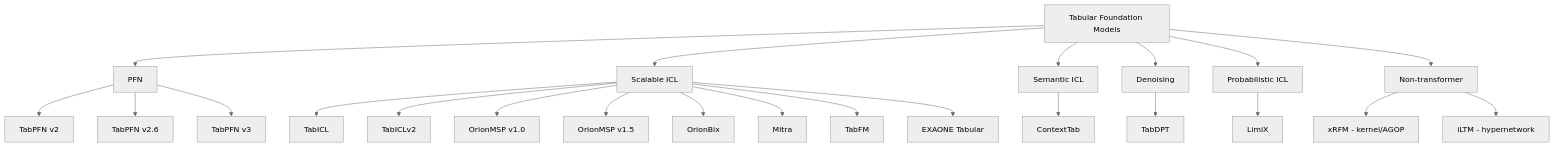
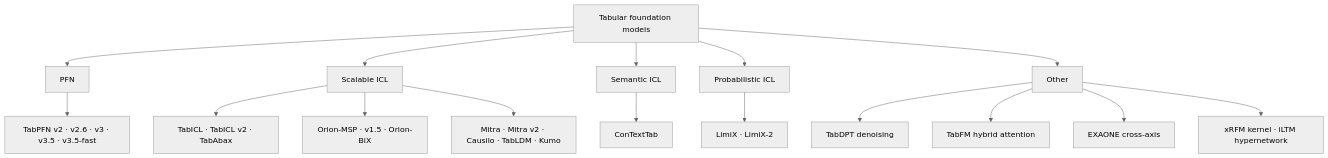
The diagram in docs/models/overview.md (Lexsi-Labs/TabTune), drawn with Mermaid (neutral theme) before and after one commit. The commit also changed other lines of this file and 185 other files, not shown here.

````diff
--- a/docs/models/overview.md
+++ b/docs/models/overview.md
@@ -20,29 +20,18 @@
 ```mermaid
 flowchart TD
-    A[Tabular Foundation Models] --> B[PFN]
+    A[Tabular foundation models] --> B[PFN]
     A --> C[Scalable ICL]
     A --> D[Semantic ICL]
-    A --> E[Denoising]
-    A --> F[Probabilistic ICL]
-    A --> G[Non-transformer]
-
-    B --> B1[TabPFN v2]
-    B --> B2[TabPFN v2.6]
-    B --> B3[TabPFN v3]
-
-    C --> C1[TabICL]
-    C --> C2[TabICLv2]
-    C --> C3[OrionMSP v1.0]
-    C --> C4[OrionMSP v1.5]
-    C --> C5[OrionBix]
-    C --> C6[Mitra]
-    C --> C7[TabFM]
-    C --> C8[EXAONE Tabular]
-
-    D --> D1[ContextTab]
-    E --> E1[TabDPT]
-    F --> F1[LimiX]
-
-    G --> G1[xRFM - kernel/AGOP]
-    G --> G2[iLTM - hypernetwork]
+    A --> E[Probabilistic ICL]
+    A --> F[Other]
+    B --> B1[TabPFN v2 · v2.6 · v3 · v3.5 · v3.5-fast]
+    C --> C1[TabICL · TabICL v2 · TabAbax]
+    C --> C2[Orion-MSP · v1.5 · Orion-BiX]
+    C --> C3[Mitra · Mitra v2 · Causilo · TabLDM · Kumo]
+    D --> D1[ConTextTab]
+    E --> E1[LimiX · LimiX-2]
+    F --> F1[TabDPT denoising]
+    F --> F2[TabFM hybrid attention]
+    F --> F3[EXAONE cross-axis]
+    F --> F4[xRFM kernel · iLTM hypernetwork]
 ```
````
